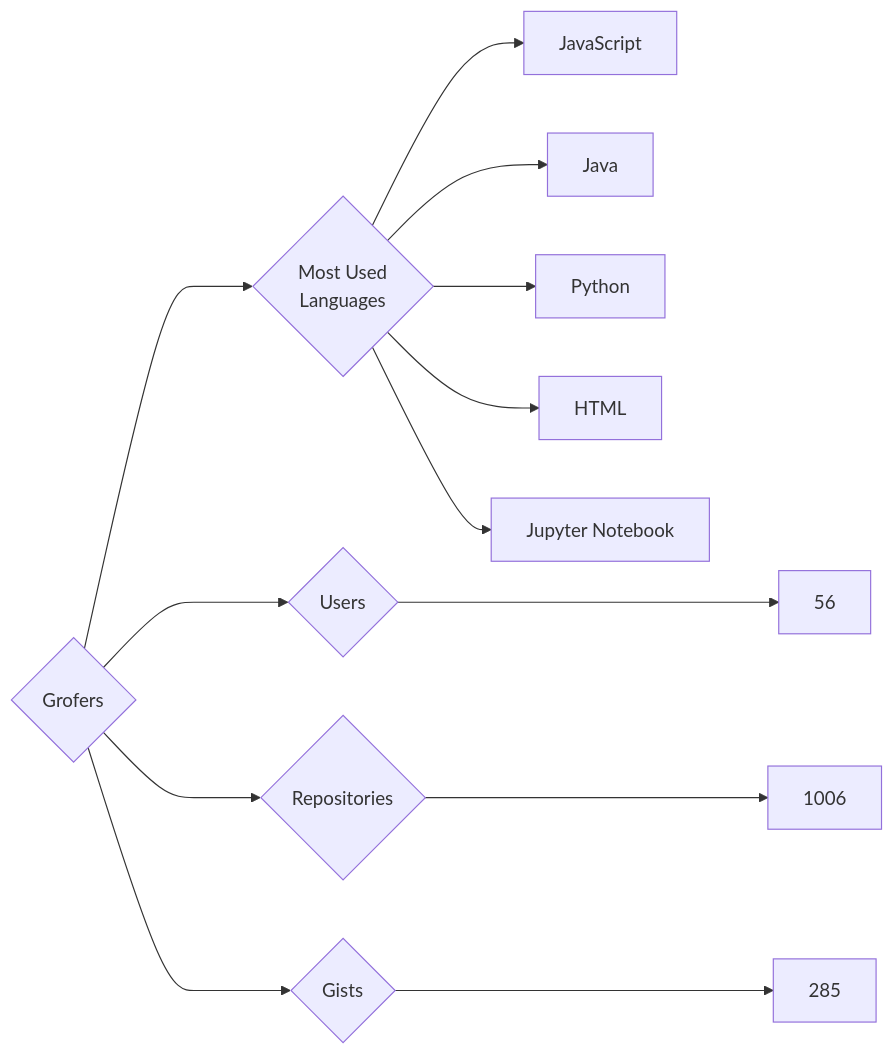
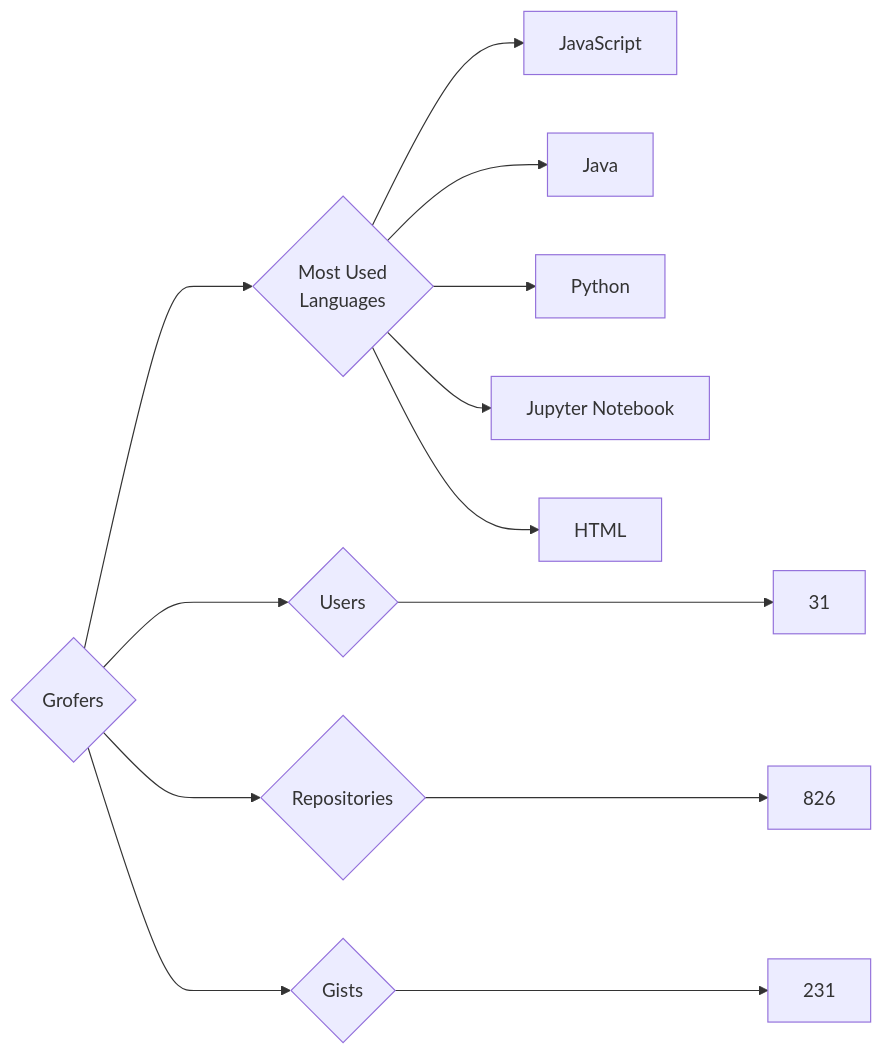
One commit to trickest/insiders changed the diagram in targets/Grofers/README.md. Above: the diagram before and after it, drawn with Mermaid. The commit also changed 610 other files, not shown here.

````diff
--- a/targets/Grofers/README.md
+++ b/targets/Grofers/README.md
@@ -3,13 +3,13 @@
 ```mermaid
 graph LR
 COMPANY_NAME{Grofers}
-COMPANY_NAME ---> U{Users} ---> UN[56]
-COMPANY_NAME ---> R{Repositories} ---> RN[1006]
-COMPANY_NAME ---> G{Gists} ---> GN[285]
+COMPANY_NAME ---> U{Users} ---> UN[31]
+COMPANY_NAME ---> R{Repositories} ---> RN[826]
+COMPANY_NAME ---> G{Gists} ---> GN[231]
 COMPANY_NAME ---> ML{Most Used<br>Languages}
 ML --> JavaScript[JavaScript]
 ML --> Java[Java]
 ML --> Python[Python]
+ML --> Jupyter_Notebook[Jupyter Notebook]
 ML --> HTML[HTML]
-ML --> Jupyter_Notebook[Jupyter Notebook]
 ```
````
